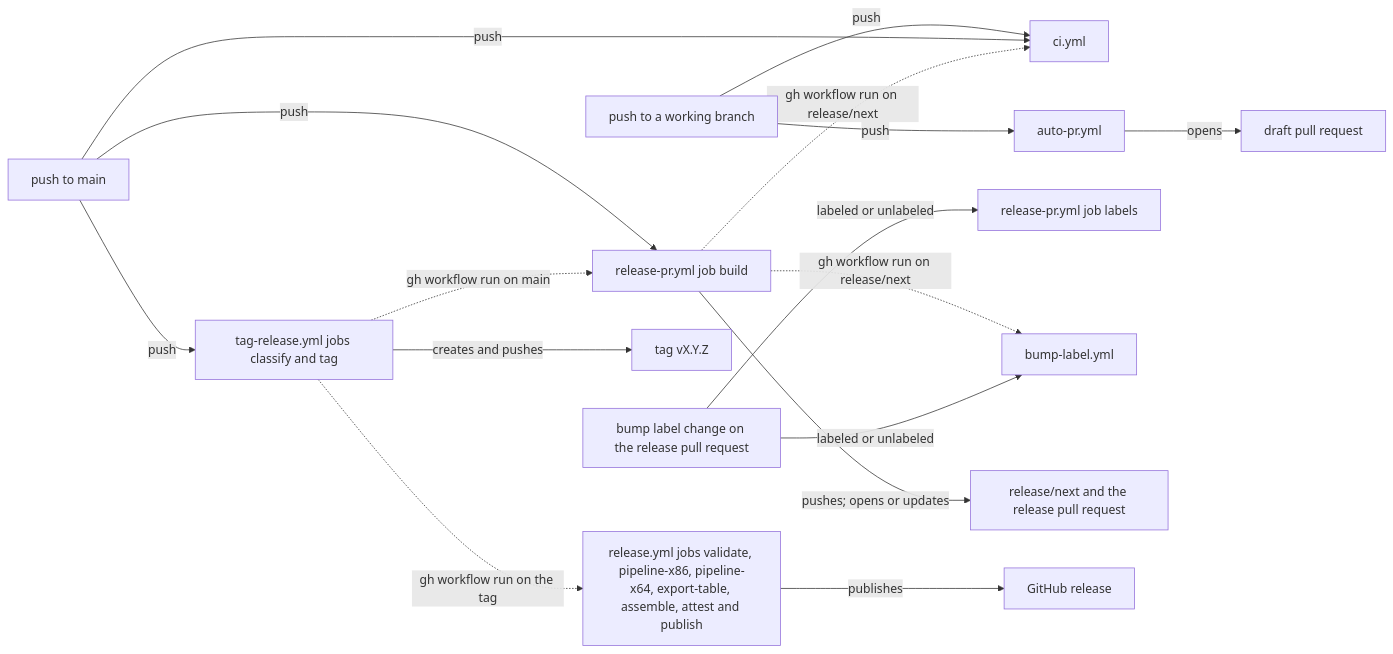
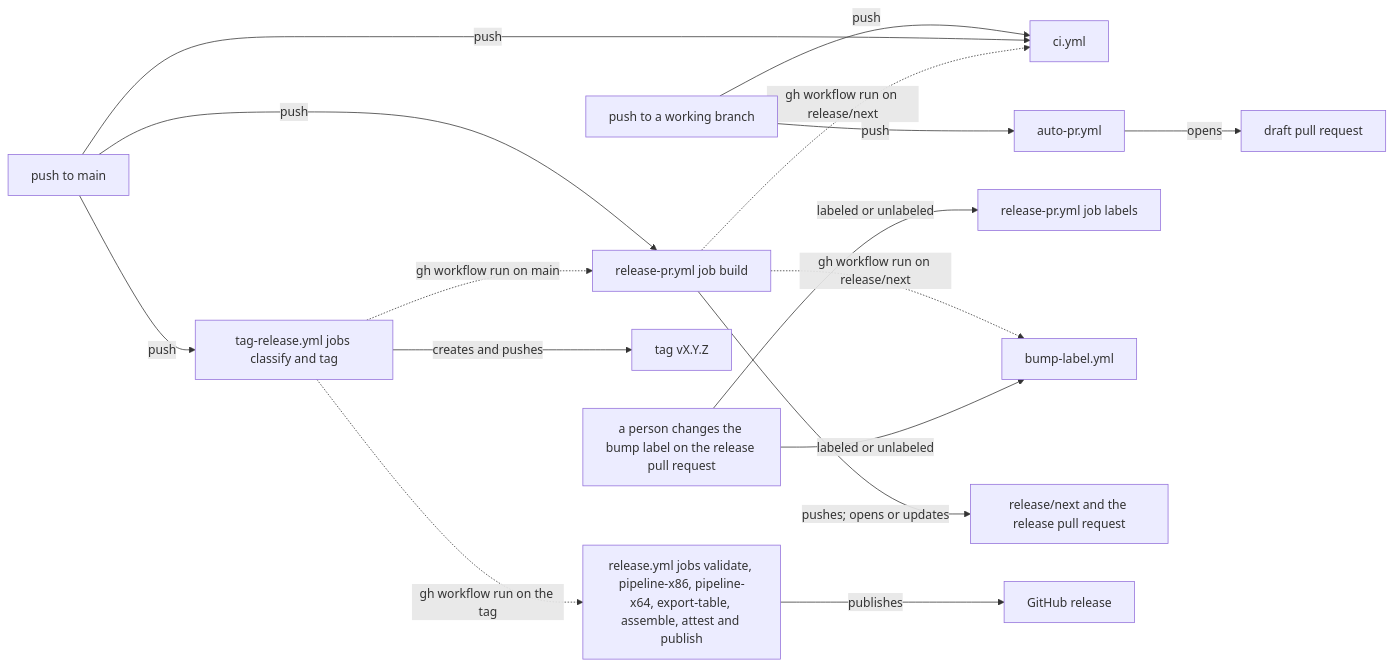
Before and after one commit to can-tools/restifycapl: the diagram in docs/ci-flow.md, drawn with Mermaid. The commit also changed other lines of this file, not shown here.

````diff
--- a/docs/ci-flow.md
+++ b/docs/ci-flow.md
@@ -23,33 +23,33 @@
 ```mermaid
 flowchart LR
     A1["push to a working branch"]
     A2["push to main"]
-    A3["bump label change on the release pull request"]
+    A3["a person changes the bump label on the release pull request"]
     C["ci.yml"]
     AP["auto-pr.yml"]
     D["draft pull request"]
     RB["release-pr.yml job build"]
     RL["release-pr.yml job labels"]
     BL["bump-label.yml"]
     TR["tag-release.yml jobs classify and tag"]
     RN["release/next and the release pull request"]
     TG["tag vX.Y.Z"]
     RE["release.yml jobs validate, pipeline-x86, pipeline-x64, export-table, assemble, attest and publish"]
     GR["GitHub release"]
 
     A1 -->|"push"| C
     A1 -->|"push"| AP
     AP -->|"opens"| D
     A2 -->|"push"| C
     A2 -->|"push"| RB
     A2 -->|"push"| TR
     RB -->|"pushes; opens or updates"| RN
     RB -.->|"gh workflow run on release/next"| C
     RB -.->|"gh workflow run on release/next"| BL
     A3 -->|"labeled or unlabeled"| RL
     A3 -->|"labeled or unlabeled"| BL
     TR -->|"creates and pushes"| TG
     TR -.->|"gh workflow run on main"| RB
     TR -.->|"gh workflow run on the tag"| RE
     RE -->|"publishes"| GR
 ```
````
